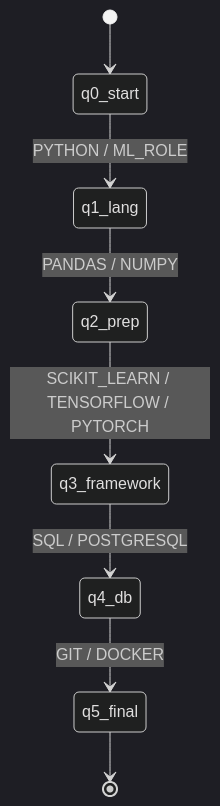
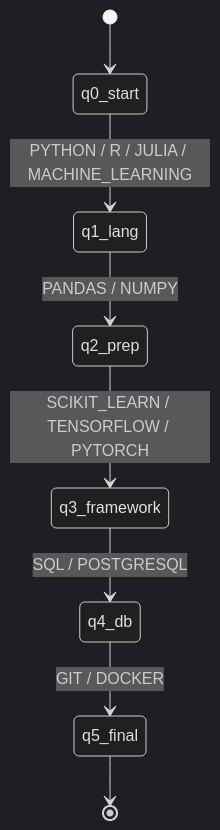
One commit to nicolasbuelvas/IntegrativeTask_AlbertoIA changed the second of 4 diagrams in docs/formal_automata.md. Above: the diagram before and after it, drawn with Mermaid (dark theme). The commit also changed other lines of this file and 7 other files, not shown here.

````diff
--- a/docs/formal_automata.md
+++ b/docs/formal_automata.md
@@ -100,10 +100,10 @@
 ```mermaid
 stateDiagram-v2
     [*] --> q0_start
-    q0_start --> q1_lang : PYTHON / ML_ROLE
+    q0_start --> q1_lang : PYTHON / R / JULIA / MACHINE_LEARNING
     q1_lang --> q2_prep : PANDAS / NUMPY
     q2_prep --> q3_framework : SCIKIT_LEARN / TENSORFLOW / PYTORCH
     q3_framework --> q4_db : SQL / POSTGRESQL
     q4_db --> q5_final : GIT / DOCKER
     q5_final --> [*]
 ```
````
